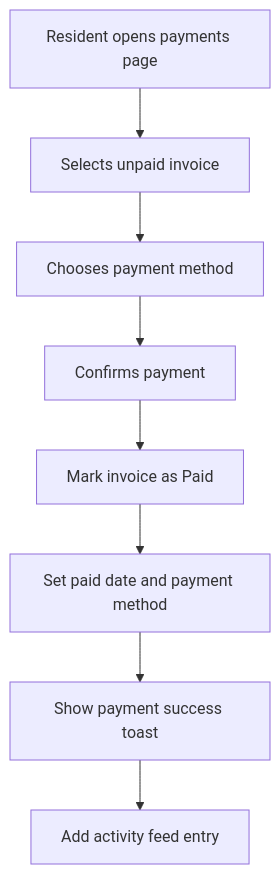
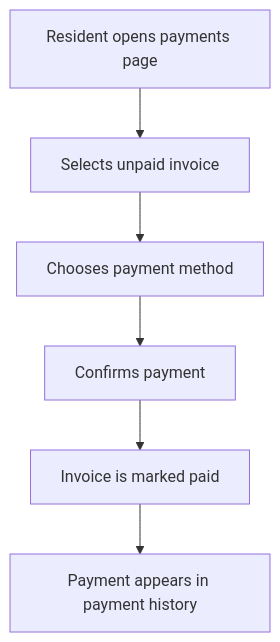
The eighth of 20 diagrams in implemented_flows.md (painful-bug/MAY2026-Team-035), drawn with Mermaid before and after one commit. The commit also changed other lines of this file, not shown here.

First line of the commit message:
Simplify flow documentation

````diff
--- a/implemented_flows.md
+++ b/implemented_flows.md
@@ -174,10 +90,8 @@
 ```mermaid
 flowchart TD
   A[Resident opens payments page] --> B[Selects unpaid invoice]
   B --> C[Chooses payment method]
   C --> D[Confirms payment]
-  D --> E[Mark invoice as Paid]
-  E --> F[Set paid date and payment method]
-  F --> G[Show payment success toast]
-  G --> H[Add activity feed entry]
+  D --> E[Invoice is marked paid]
+  E --> F[Payment appears in payment history]
 ```
````
